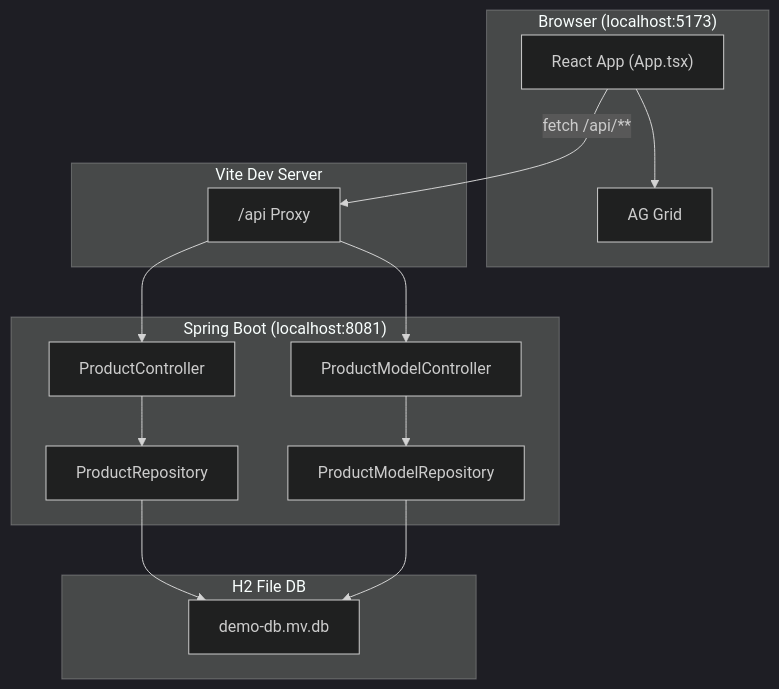
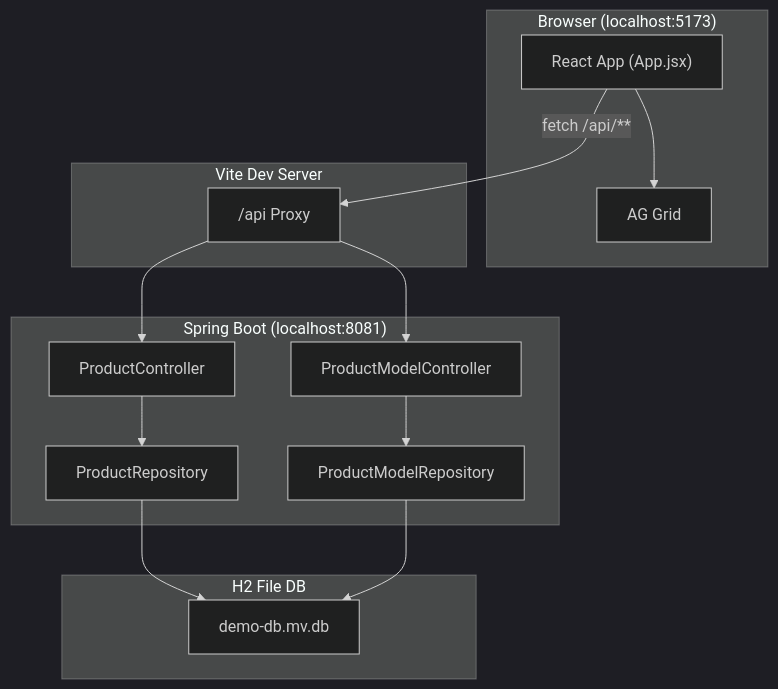
One commit to koobonki/react_test_001 changed the first of 6 diagrams in PROJECT_구조_상세.md. Above: the diagram before and after it, drawn with Mermaid (dark theme). The commit also changed other lines of this file and 27 other files, not shown here.

````diff
--- a/PROJECT_구조_상세.md
+++ b/PROJECT_구조_상세.md
@@ -22,31 +22,31 @@
 ```mermaid
 flowchart TB
   subgraph Client["Browser (localhost:5173)"]
-    UI["React App (App.tsx)"]
+    UI["React App (App.jsx)"]
     AG["AG Grid"]
     UI --> AG
   end
 
   subgraph Vite["Vite Dev Server"]
     Proxy["/api Proxy"]
   end
 
   subgraph Server["Spring Boot (localhost:8081)"]
     PC["ProductController"]
     PMC["ProductModelController"]
     PR["ProductRepository"]
     PMR["ProductModelRepository"]
     PC --> PR
     PMC --> PMR
   end
 
   subgraph DB["H2 File DB"]
     H2["demo-db.mv.db"]
   end
 
   UI -->|"fetch /api/**"| Proxy
   Proxy --> PC
   Proxy --> PMC
   PR --> H2
   PMR --> H2
 ```
````
